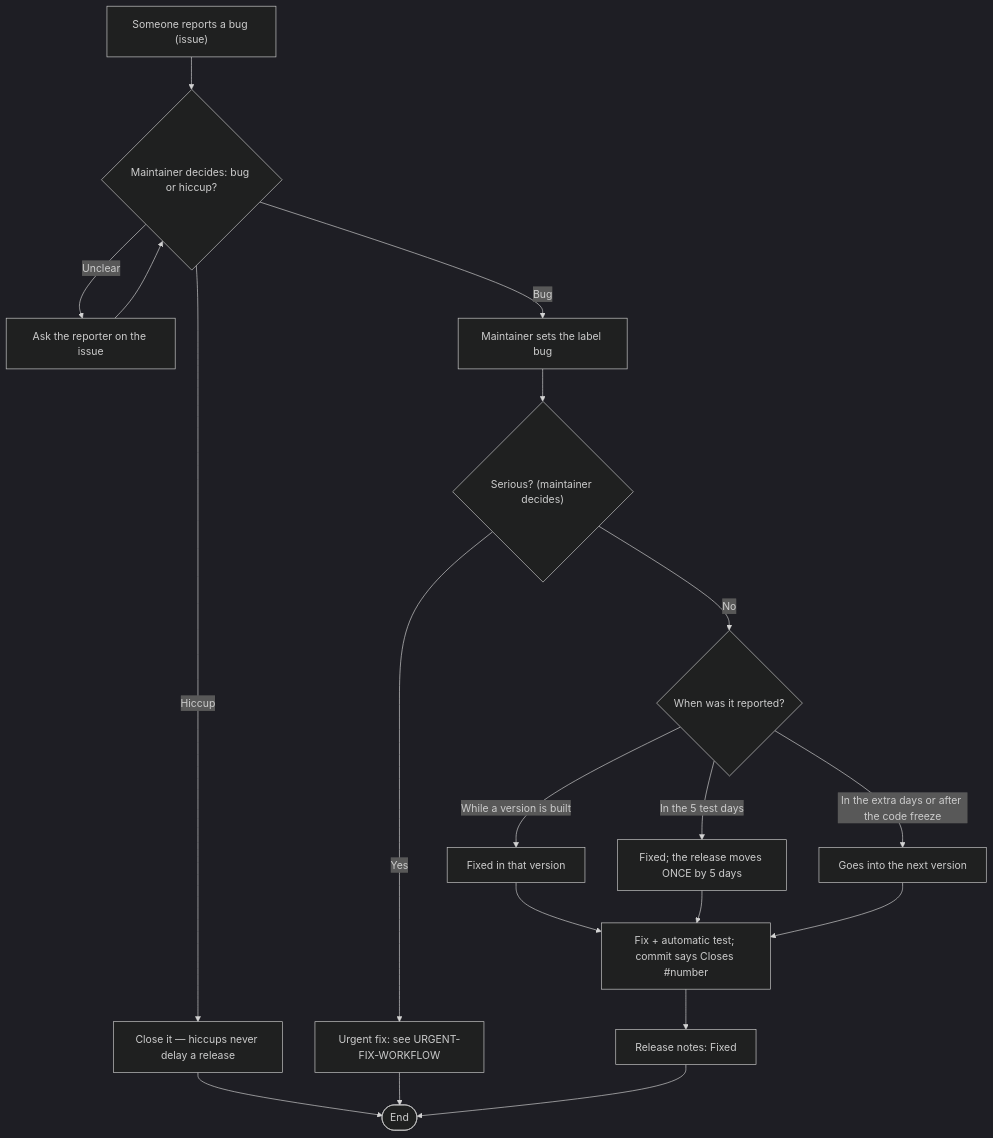
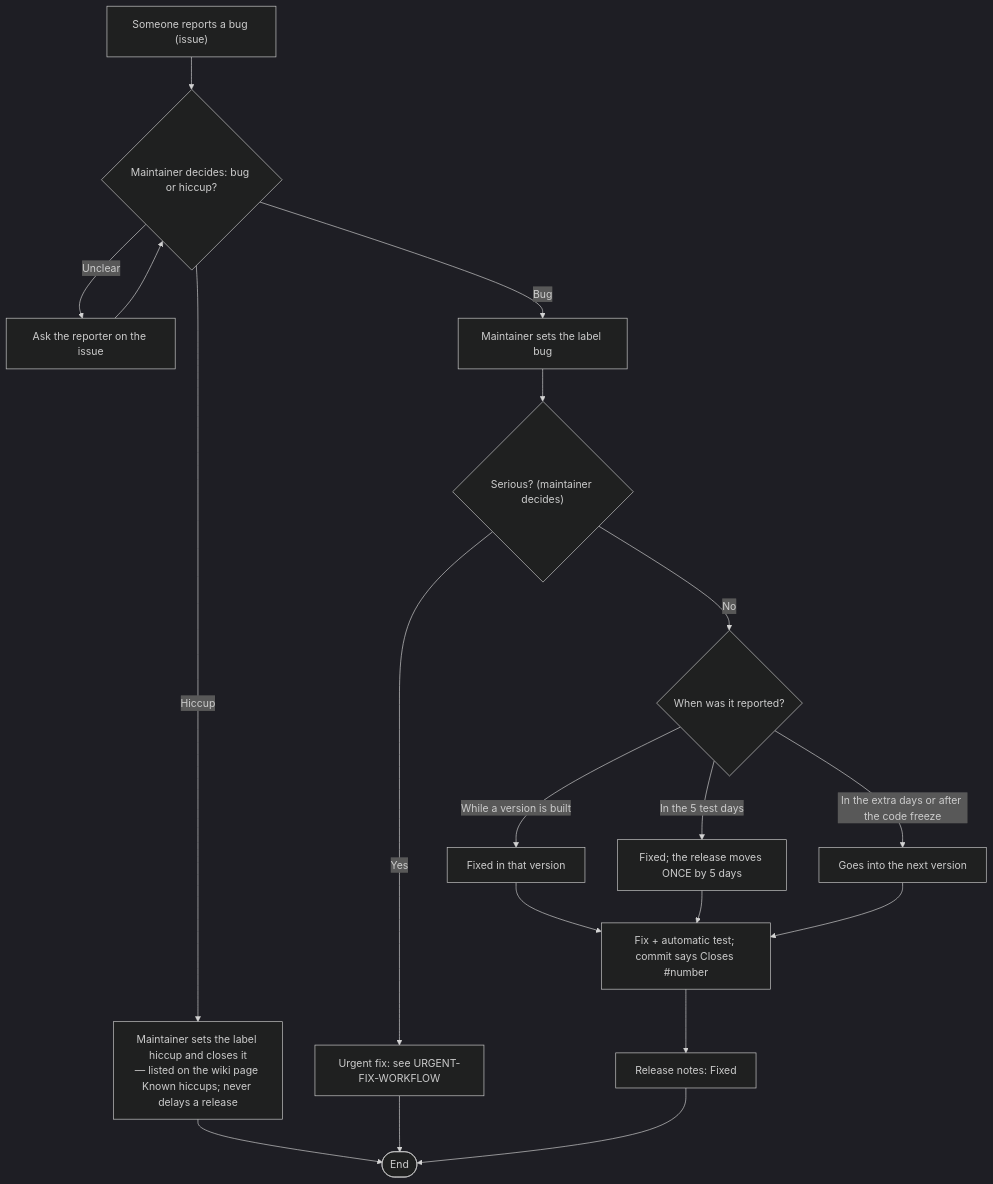
Before and after one commit to GFGMNET/Workspace: the diagram in docs/BUG-WORKFLOW.md, drawn with Mermaid (dark theme). The commit also changed 6 other files, not shown here.

First line of the commit message:
wiki: Known hiccups page, filled in daily from issues with the label hiccup

````diff
--- a/docs/BUG-WORKFLOW.md
+++ b/docs/BUG-WORKFLOW.md
@@ -5,22 +5,22 @@
 ```mermaid
 flowchart TD
    A["Someone reports a bug (issue)"] --> B{"Maintainer decides: bug or hiccup?"}
    B -->|Unclear| C["Ask the reporter on the issue"]
    C --> B
-   B -->|Hiccup| D["Close it — hiccups never delay a release"]
+   B -->|Hiccup| D["Maintainer sets the label hiccup and closes it<br/>— listed on the wiki page Known hiccups; never delays a release"]
    B -->|Bug| E["Maintainer sets the label bug"]
    F{"When was it reported?"}
    E --> S{"Serious? (maintainer decides)"}
    S -->|Yes| U["Urgent fix: see URGENT-FIX-WORKFLOW"]
    S -->|No| F
    F -->|While a version is built| G["Fixed in that version"]
    F -->|In the 5 test days| H["Fixed; the release moves ONCE by 5 days"]
    F -->|In the extra days or after the code freeze| I["Goes into the next version"]
    G --> J["Fix + automatic test; commit says Closes #number"]
    H --> J
    I --> J
    J --> K["Release notes: Fixed"]
    D --> L([End])
    U --> L
    K --> L
 ```
````
